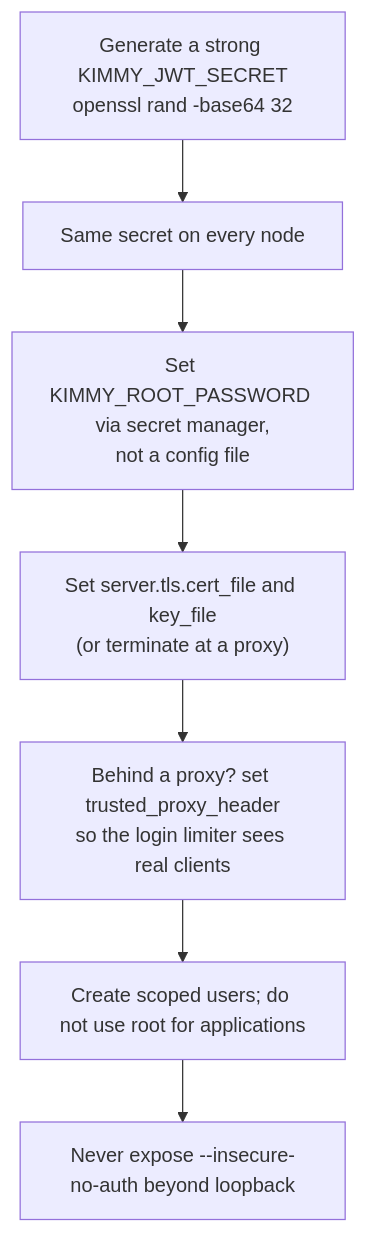
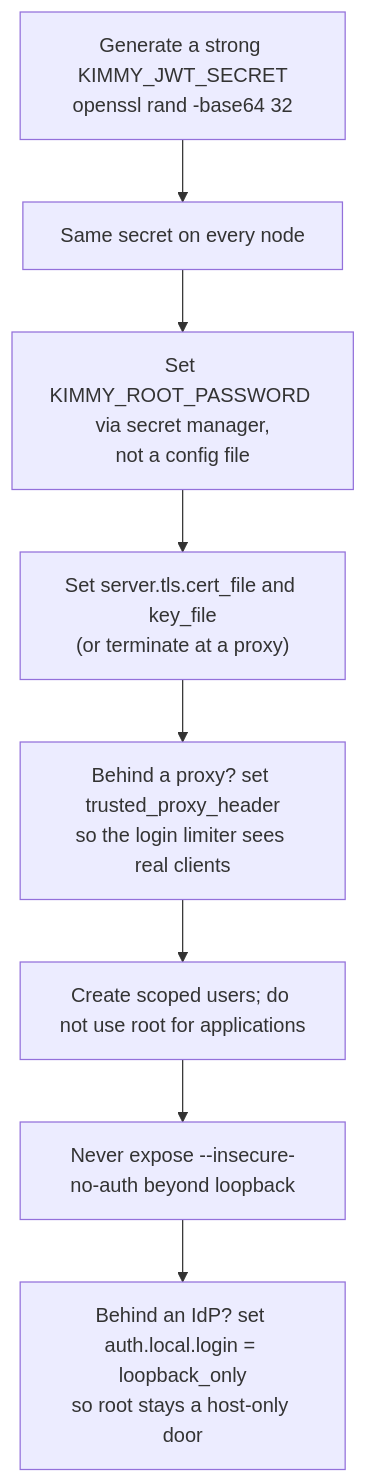
One commit to titusai-io/kimmydb changed the fourth of 4 diagrams in docs/security.md. Above: the diagram before and after it, drawn with Mermaid. The commit also changed other lines of this file and 25 other files, not shown here.

First line of the commit message:
Local login mode and a federated display name (ADR-100)

````diff
--- a/docs/security.md
+++ b/docs/security.md
@@ -1109,9 +1193,10 @@
 ```mermaid
 graph TB
     A["Generate a strong KIMMY_JWT_SECRET<br/>openssl rand -base64 32"] --> B["Same secret on every node"]
     B --> C["Set KIMMY_ROOT_PASSWORD via secret manager,<br/>not a config file"]
     C --> D["Set server.tls.cert_file and key_file<br/>(or terminate at a proxy)"]
     D --> E["Behind a proxy? set trusted_proxy_header<br/>so the login limiter sees real clients"]
     E --> F["Create scoped users; do not use root for applications"]
     F --> G["Never expose --insecure-no-auth beyond loopback"]
+    G --> H["Behind an IdP? set auth.local.login = loopback_only<br/>so root stays a host-only door"]
 ```
````
